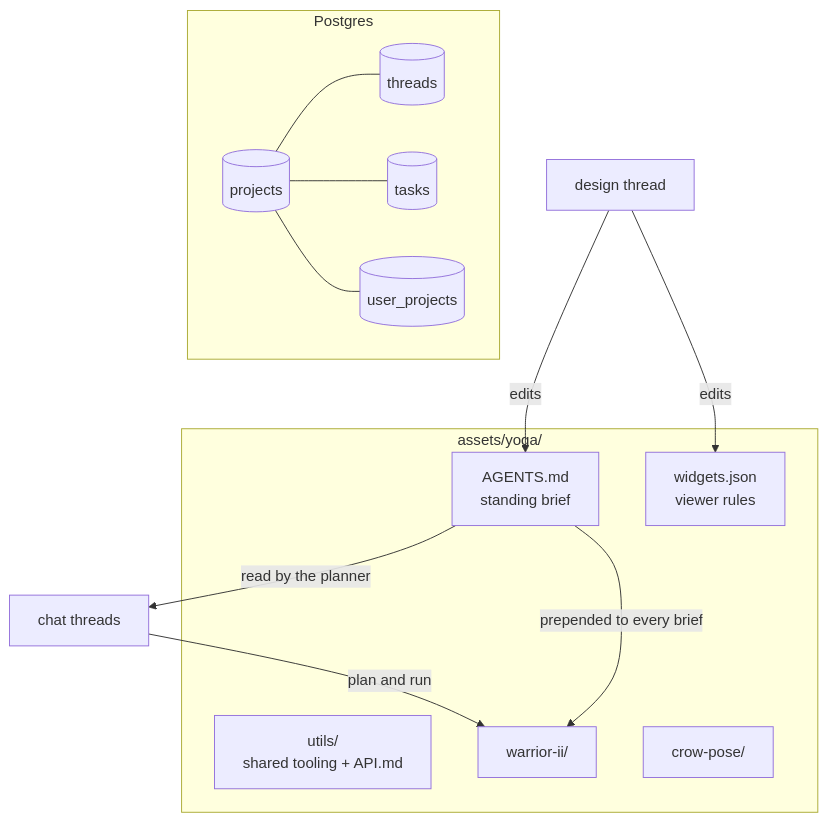
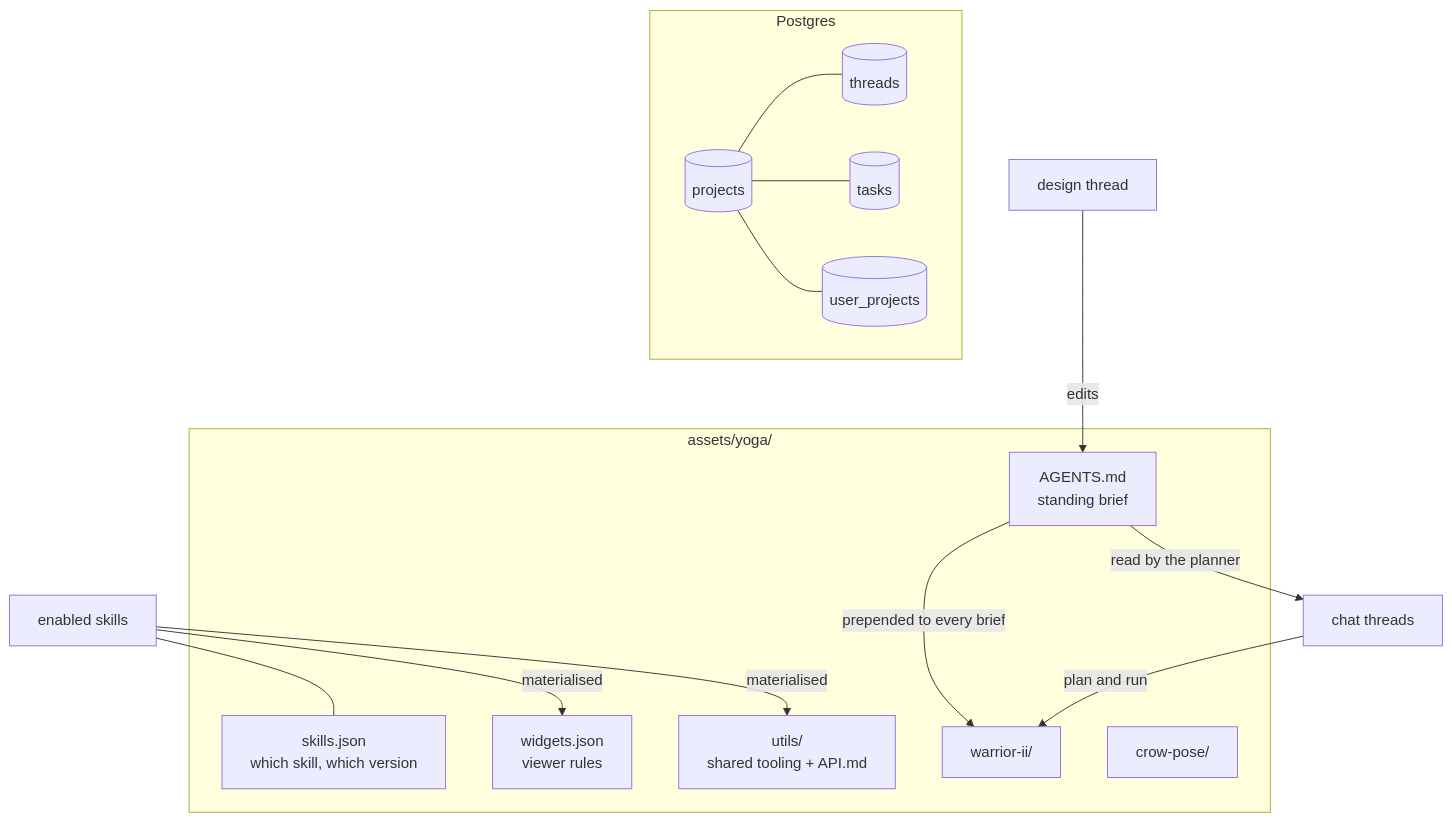
Before and after one commit to radubools/dex: the first of 7 diagrams in design/05_project_design.md, drawn with Mermaid. The commit also changed other lines of this file and 13 other files, not shown here.

First line of the commit message:
Bring the new-project flow back in line with skills

````diff
--- a/design/05_project_design.md
+++ b/design/05_project_design.md
@@ -29,24 +29,27 @@
 ```mermaid
 flowchart TD
     subgraph disk ["assets/yoga/"]
         G["AGENTS.md<br/>standing brief"]
+        SJ["skills.json<br/>which skill, which version"]
         WJ["widgets.json<br/>viewer rules"]
         U["utils/<br/>shared tooling + API.md"]
         P1["warrior-ii/"]
         P2["crow-pose/"]
     end
     subgraph db [Postgres]
         PR[("projects")]
         TH[("threads")]
         TK[("tasks")]
         UP[("user_projects")]
     end
     PR --- TH
     PR --- TK
     PR --- UP
     DT["design thread"] -->|edits| G
-    DT -->|edits| WJ
+    SK["enabled skills"] -->|materialised| U
+    SK -->|materialised| WJ
+    SK --- SJ
     CT["chat threads"] -->|plan and run| P1
     G -->|prepended to every brief| P1
     G -->|read by the planner| CT
 ```
````
